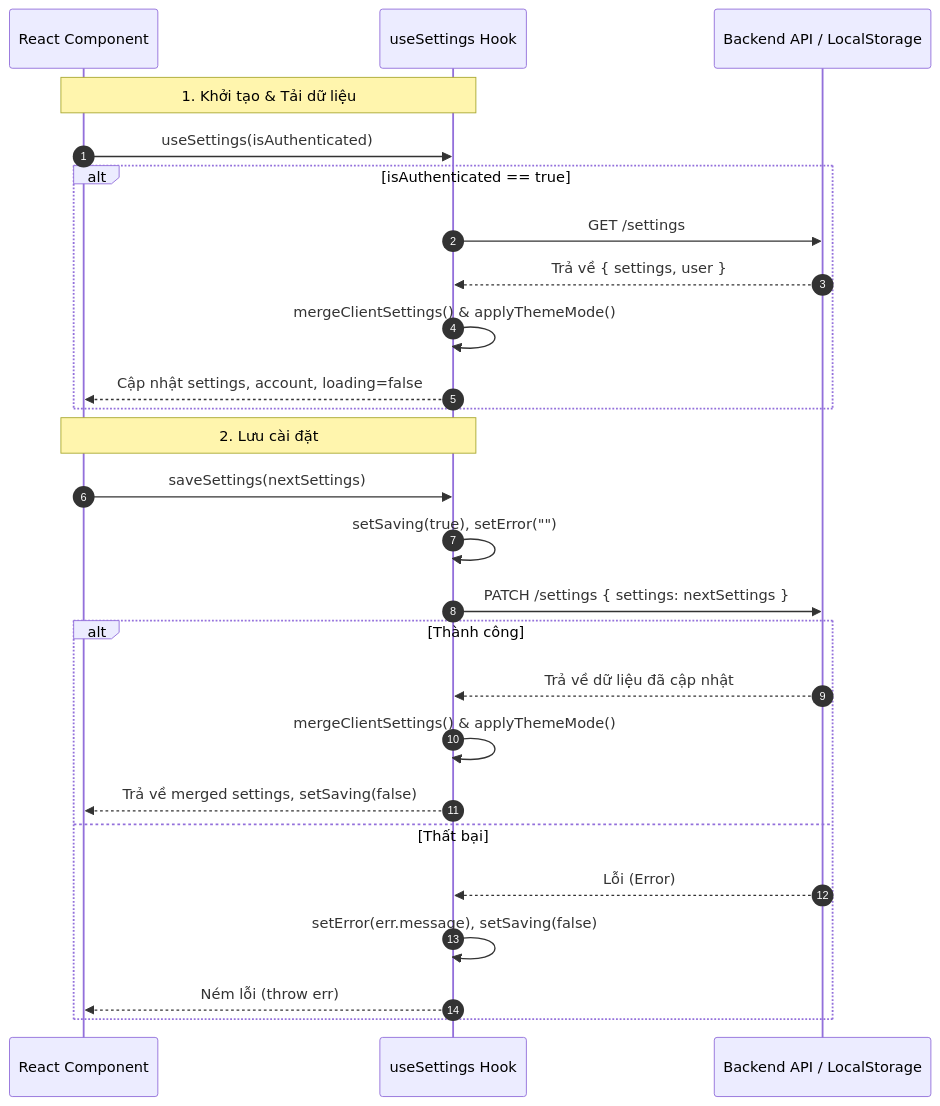
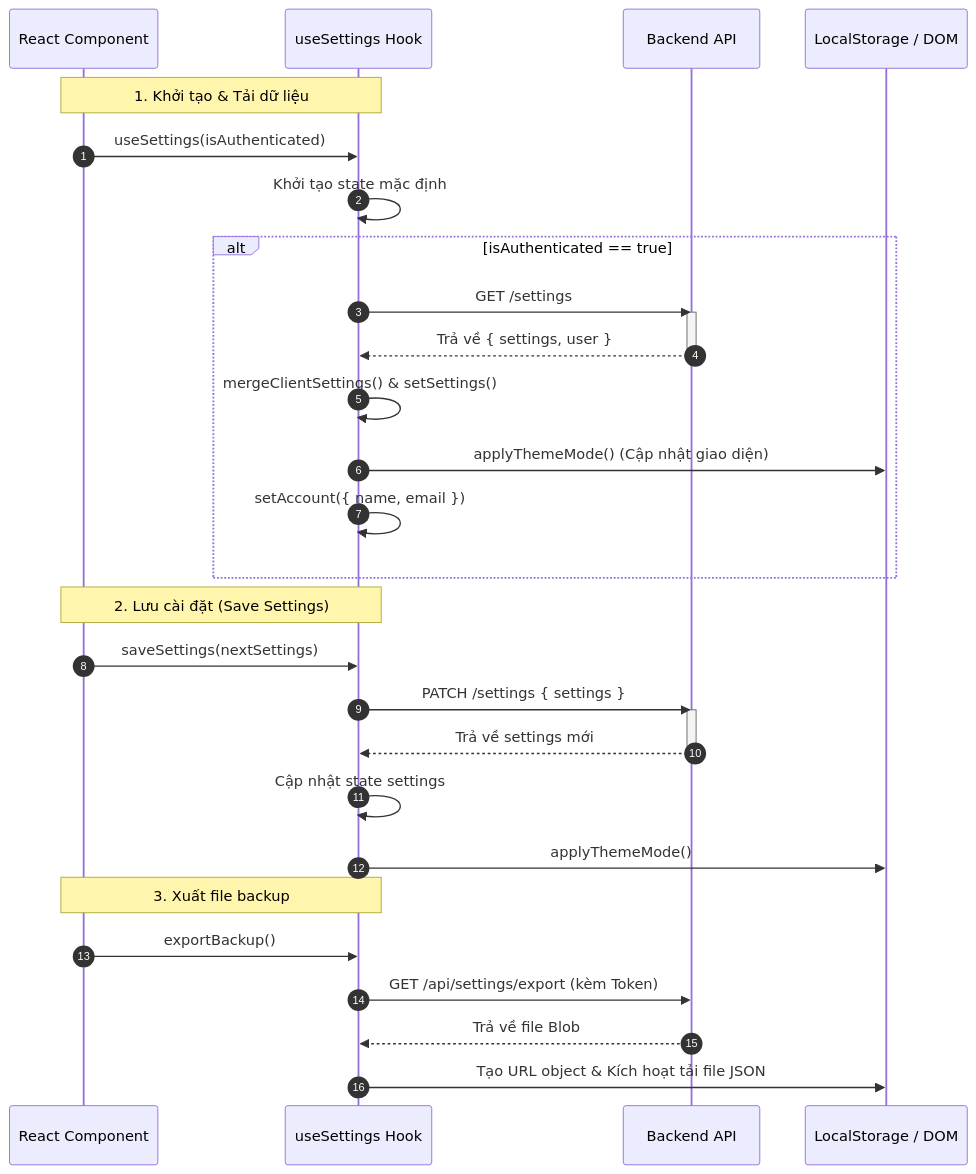
One commit to LeMinhSang2k5/Documentation_AI changed the first of 4 diagrams in experiments/results/week1_ai_error_report.md. Above: the diagram before and after it, drawn with Mermaid. The commit also changed other lines of this file and 2 other files, not shown here.

````diff
--- a/experiments/results/week1_ai_error_report.md
+++ b/experiments/results/week1_ai_error_report.md
@@ -24,30 +24,37 @@
 ```mermaid
 sequenceDiagram
     autonumber
     participant UI as React Component
     participant Hook as useSettings Hook
-    participant API as Backend API / LocalStorage
+    participant API as Backend API
+    participant LS as LocalStorage / DOM
 
     Note over UI, Hook: 1. Khởi tạo & Tải dữ liệu
     UI->>Hook: useSettings(isAuthenticated)
+    Hook->>Hook: Khởi tạo state mặc định
+    
     alt isAuthenticated == true
         Hook->>API: GET /settings
+        activate API
         API-->>Hook: Trả về { settings, user }
-        Hook->>Hook: mergeClientSettings() & applyThemeMode()
-        Hook-->>UI: Cập nhật settings, account, loading=false
+        deactivate API
+        Hook->>Hook: mergeClientSettings() & setSettings()
+        Hook->>LS: applyThemeMode() (Cập nhật giao diện)
+        Hook->>Hook: setAccount({ name, email })
     end
 
-    Note over UI, Hook: 2. Lưu cài đặt
+    Note over UI, Hook: 2. Lưu cài đặt (Save Settings)
     UI->>Hook: saveSettings(nextSettings)
-    Hook->>Hook: setSaving(true), setError("")
-    Hook->>API: PATCH /settings { settings: nextSettings }
-    alt Thành công
-        API-->>Hook: Trả về dữ liệu đã cập nhật
-        Hook->>Hook: mergeClientSettings() & applyThemeMode()
-        Hook-->>UI: Trả về merged settings, setSaving(false)
-    else Thất bại
-        API-->>Hook: Lỗi (Error)
-        Hook->>Hook: setError(err.message), setSaving(false)
-        Hook-->>UI: Ném lỗi (throw err)
-    end
+    Hook->>API: PATCH /settings { settings }
+    activate API
+    API-->>Hook: Trả về settings mới
+    deactivate API
+    Hook->>Hook: Cập nhật state settings
+    Hook->>LS: applyThemeMode()
+
+    Note over UI, Hook: 3. Xuất file backup
+    UI->>Hook: exportBackup()
+    Hook->>API: GET /api/settings/export (kèm Token)
+    API-->>Hook: Trả về file Blob
+    Hook->>LS: Tạo URL object & Kích hoạt tải file JSON
 ```
````
